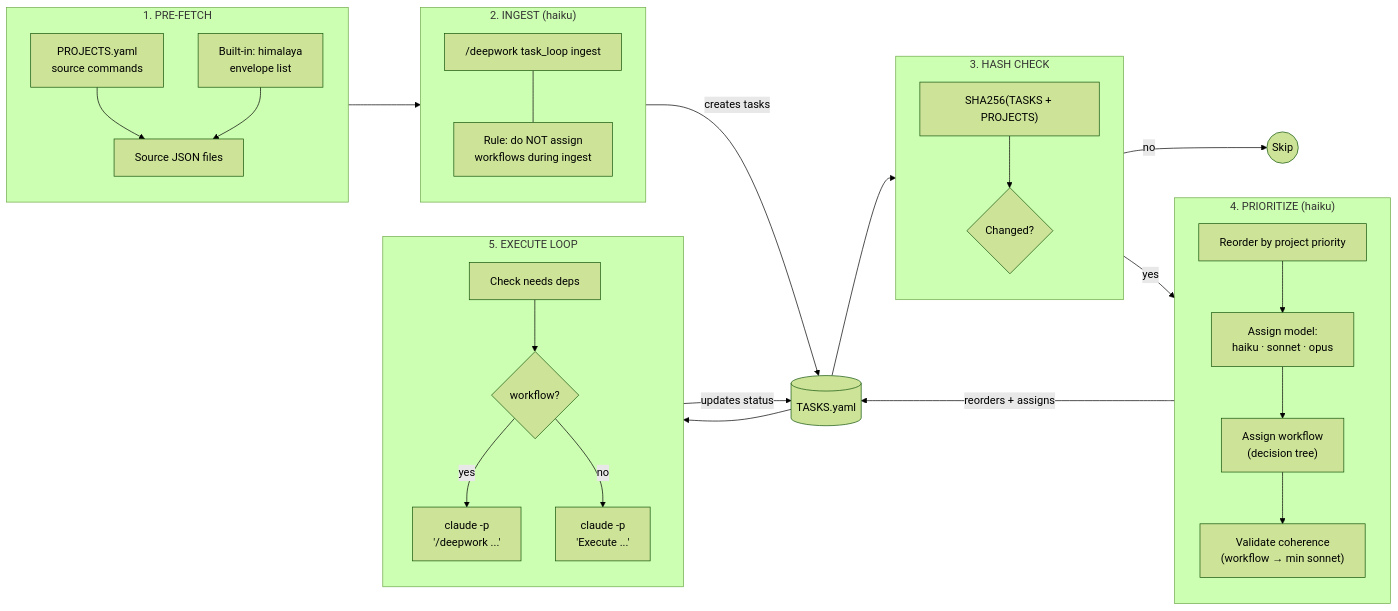
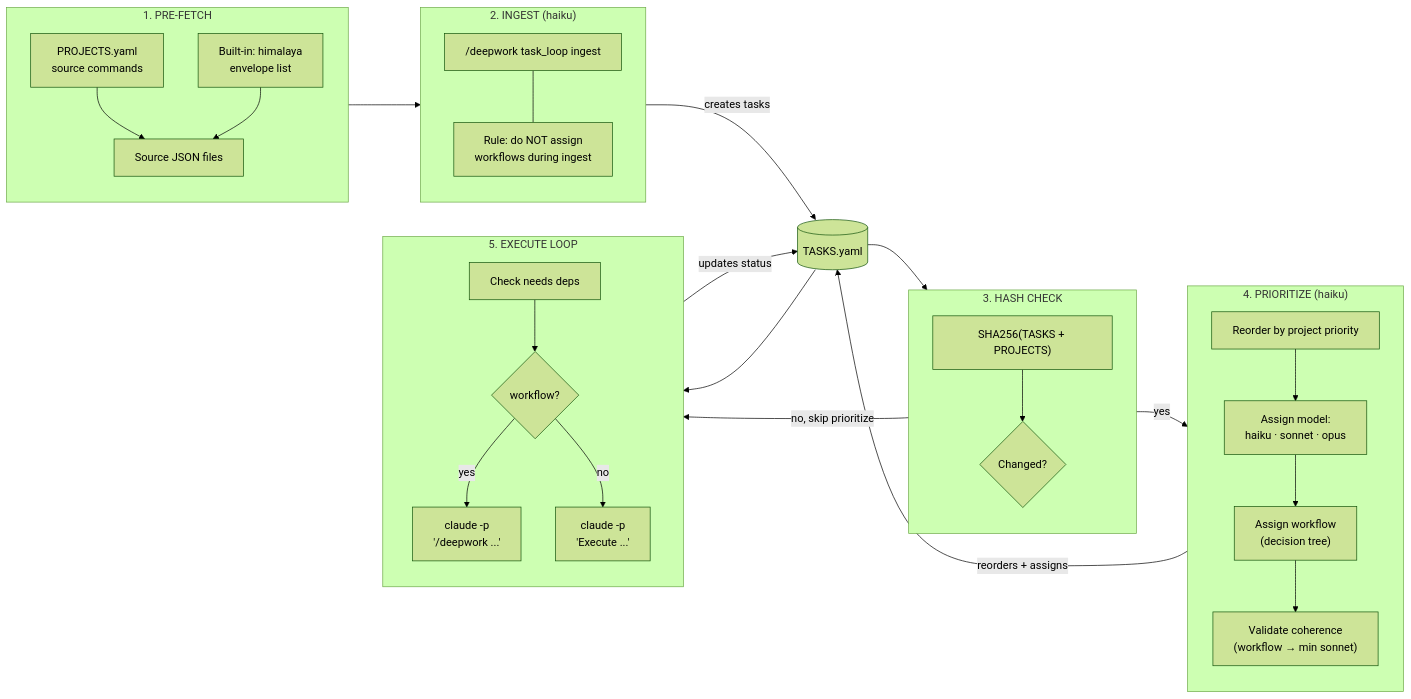
The third of 3 diagrams in docs/os-agents.md (ncrmro/keystone), drawn with Mermaid (forest theme) before and after one commit. The commit also changed other lines of this file, not shown here.

````diff
--- a/docs/os-agents.md
+++ b/docs/os-agents.md
@@ -247,57 +250,57 @@
 ```mermaid
 flowchart LR
     subgraph Prefetch["1. PRE-FETCH"]
         direction TB
         proj_src["PROJECTS.yaml<br/>source commands"]
         email_builtin["Built-in: himalaya<br/>envelope list"]
         fetch_out["Source JSON files"]
         proj_src --> fetch_out
         email_builtin --> fetch_out
     end
 
     subgraph Ingest["2. INGEST (haiku)"]
         direction TB
         ingest_dw["/deepwork task_loop ingest"]
         ingest_rule["Rule: do NOT assign<br/>workflows during ingest"]
         ingest_dw --- ingest_rule
     end
 
     subgraph HashCheck["3. HASH CHECK"]
         direction TB
         hash["SHA256(TASKS + PROJECTS)"]
         skip{"Changed?"}
         hash --> skip
     end
 
     subgraph Prioritize["4. PRIORITIZE (haiku)"]
         direction TB
         reorder["Reorder by project priority"]
         assign_model["Assign model:<br/>haiku · sonnet · opus"]
         assign_wf["Assign workflow<br/>(decision tree)"]
         coherence["Validate coherence<br/>(workflow → min sonnet)"]
         reorder --> assign_model --> assign_wf --> coherence
     end
 
     subgraph Execute["5. EXECUTE LOOP"]
         direction TB
         check_deps["Check needs deps"]
         dispatch{"workflow?"}
         with_wf["claude -p<br/>'/deepwork ...'"]
         without_wf["claude -p<br/>'Execute ...'"]
 
         check_deps --> dispatch
         dispatch -->|"yes"| with_wf
         dispatch -->|"no"| without_wf
     end
 
     tasks_yaml[("TASKS.yaml")]
 
     fetch_out --> Ingest
     Ingest -->|"creates tasks"| tasks_yaml
     tasks_yaml --> HashCheck
-    skip -->|"no"| stop_early(("Skip"))
+    skip -->|"no, skip prioritize"| Execute
     skip -->|"yes"| Prioritize
     Prioritize -->|"reorders + assigns"| tasks_yaml
     tasks_yaml --> Execute
     Execute -->|"updates status"| tasks_yaml
 ```
````
